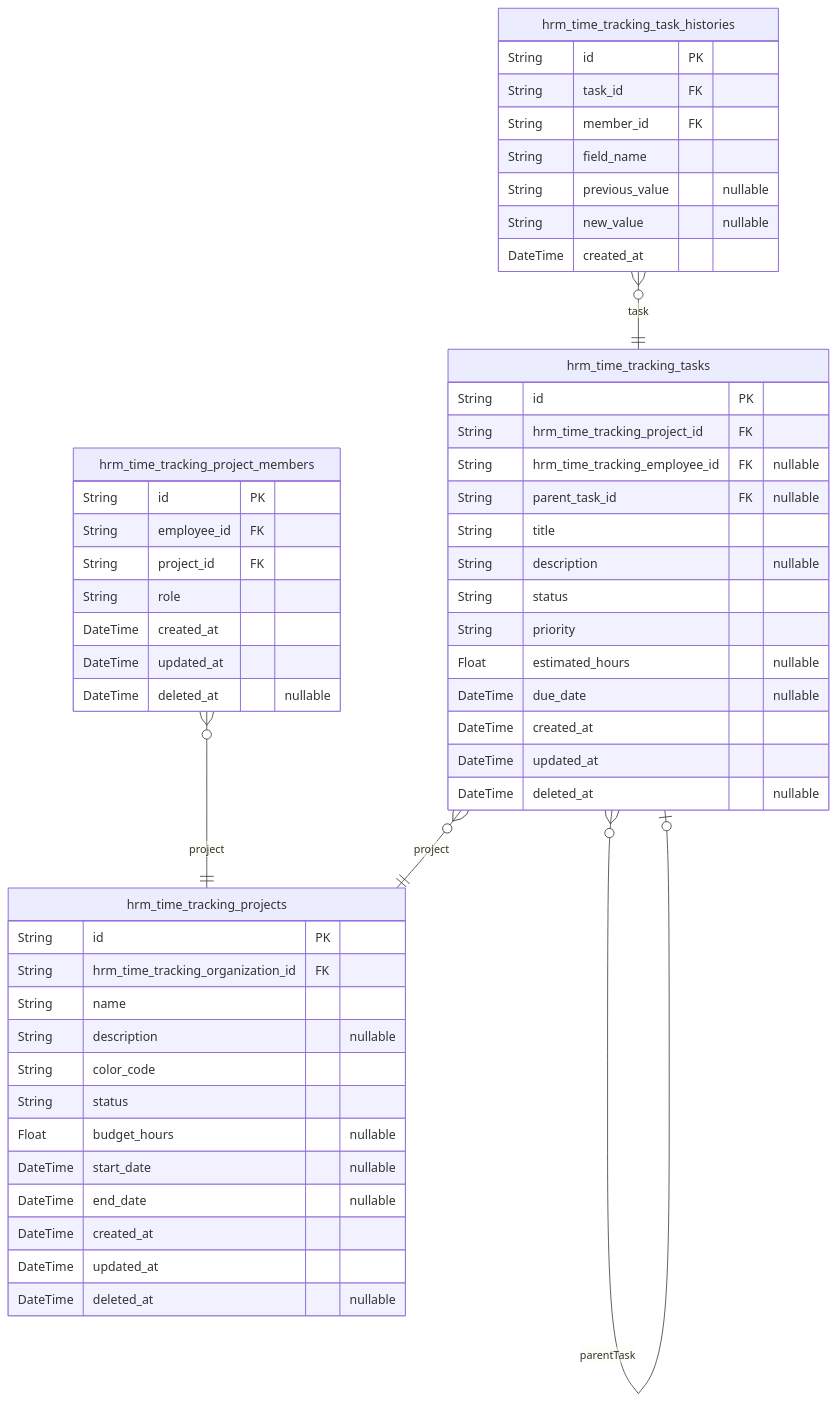
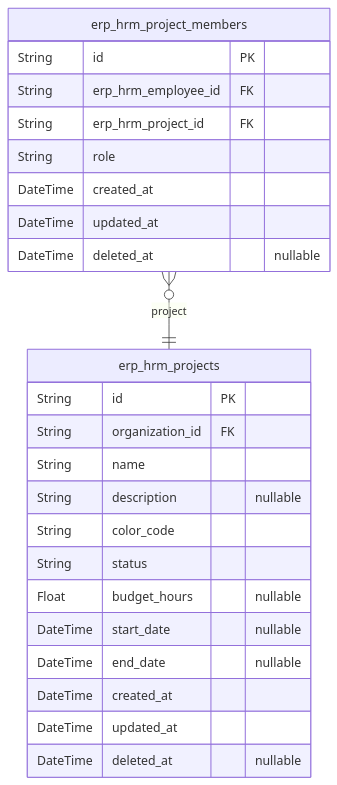
One commit to wrtnlabs/autobe-examples changed the sixth of 10 diagrams in z-ai/glm-5/erp/docs/ERD.md. Above: the diagram before and after it, drawn with Mermaid. The commit also changed other lines of this file and 3761 other files, not shown here.

````diff
--- a/z-ai/glm-5/erp/docs/ERD.md
+++ b/z-ai/glm-5/erp/docs/ERD.md
@@ -689,54 +636,27 @@
 ```mermaid
 erDiagram
-"hrm_time_tracking_projects" {
+"erp_hrm_projects" {
   String id PK
-  String hrm_time_tracking_organization_id FK
+  String organization_id FK
   String name
   String description "nullable"
   String color_code
   String status
   Float budget_hours "nullable"
   DateTime start_date "nullable"
   DateTime end_date "nullable"
   DateTime created_at
   DateTime updated_at
   DateTime deleted_at "nullable"
 }
-"hrm_time_tracking_project_members" {
+"erp_hrm_project_members" {
   String id PK
-  String employee_id FK
-  String project_id FK
+  String erp_hrm_employee_id FK
+  String erp_hrm_project_id FK
   String role
   DateTime created_at
   DateTime updated_at
   DateTime deleted_at "nullable"
 }
-"hrm_time_tracking_tasks" {
-  String id PK
-  String hrm_time_tracking_project_id FK
-  String hrm_time_tracking_employee_id FK "nullable"
-  String parent_task_id FK "nullable"
-  String title
-  String description "nullable"
-  String status
-  String priority
-  Float estimated_hours "nullable"
-  DateTime due_date "nullable"
-  DateTime created_at
-  DateTime updated_at
-  DateTime deleted_at "nullable"
-}
-"hrm_time_tracking_task_histories" {
-  String id PK
-  String task_id FK
-  String member_id FK
-  String field_name
-  String previous_value "nullable"
-  String new_value "nullable"
-  DateTime created_at
-}
-"hrm_time_tracking_project_members" }o--|| "hrm_time_tracking_projects" : project
-"hrm_time_tracking_tasks" }o--|| "hrm_time_tracking_projects" : project
-"hrm_time_tracking_tasks" }o--o| "hrm_time_tracking_tasks" : parentTask
-"hrm_time_tracking_task_histories" }o--|| "hrm_time_tracking_tasks" : task
+"erp_hrm_project_members" }o--|| "erp_hrm_projects" : project
 ```
````
